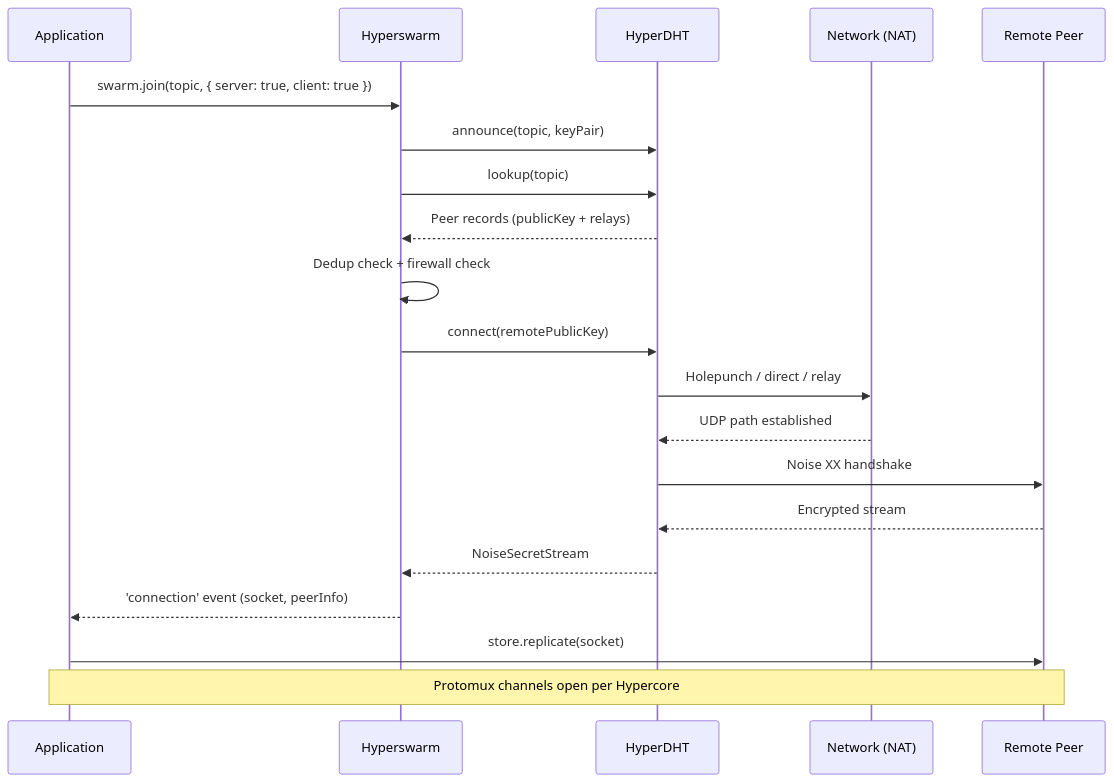
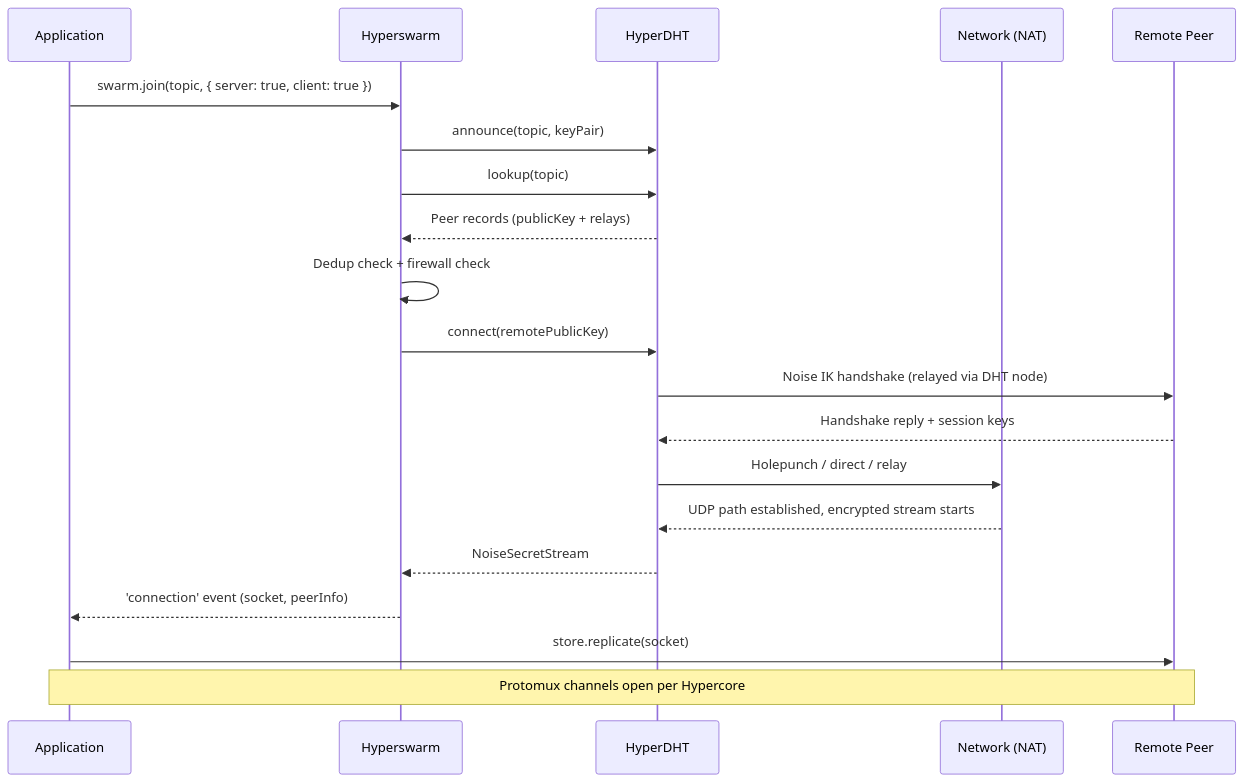
Before and after one commit to heart-IT/p2p-from-scratch: the second of 2 diagrams in md/part-5-dht-discovery.md, drawn with Mermaid. The commit also changed other lines of this file and 16 other files, not shown here.

````diff
--- a/md/part-5-dht-discovery.md
+++ b/md/part-5-dht-discovery.md
@@ -245,23 +255,23 @@
 ```mermaid
 sequenceDiagram
     participant App as Application
     participant SW as Hyperswarm
     participant DHT as HyperDHT
     participant Net as Network (NAT)
     participant Peer as Remote Peer
 
     App->>SW: swarm.join(topic, { server: true, client: true })
     SW->>DHT: announce(topic, keyPair)
     SW->>DHT: lookup(topic)
     DHT-->>SW: Peer records (publicKey + relays)
     SW->>SW: Dedup check + firewall check
     SW->>DHT: connect(remotePublicKey)
+    DHT->>Peer: Noise IK handshake (relayed via DHT node)
+    Peer-->>DHT: Handshake reply + session keys
     DHT->>Net: Holepunch / direct / relay
-    Net-->>DHT: UDP path established
-    DHT->>Peer: Noise XX handshake
-    Peer-->>DHT: Encrypted stream
+    Net-->>DHT: UDP path established, encrypted stream starts
     DHT-->>SW: NoiseSecretStream
     SW-->>App: 'connection' event (socket, peerInfo)
     App->>Peer: store.replicate(socket)
     Note over App,Peer: Protomux channels open per Hypercore
 ```
````
